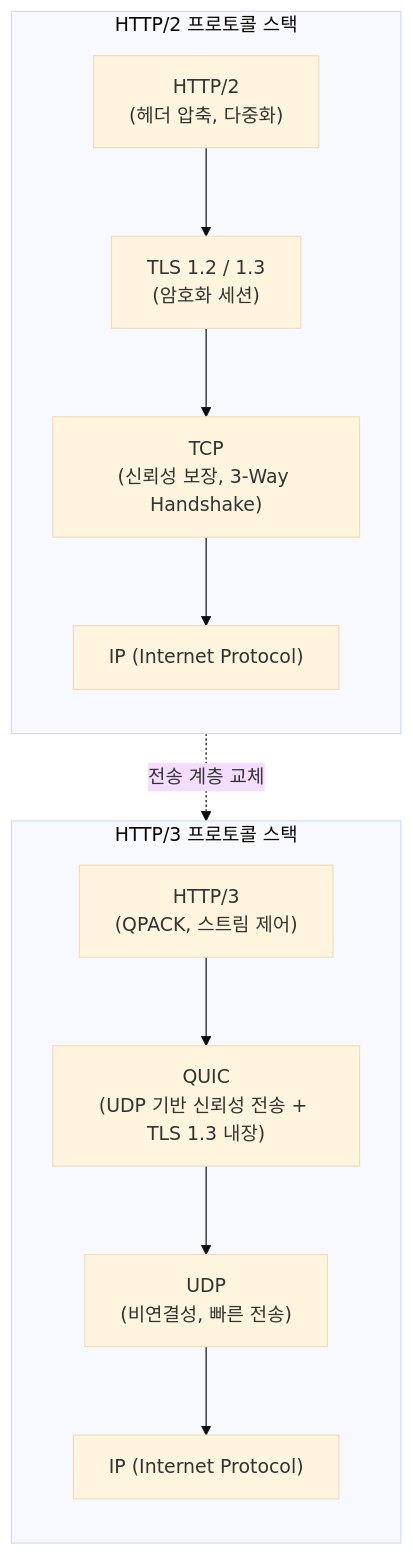
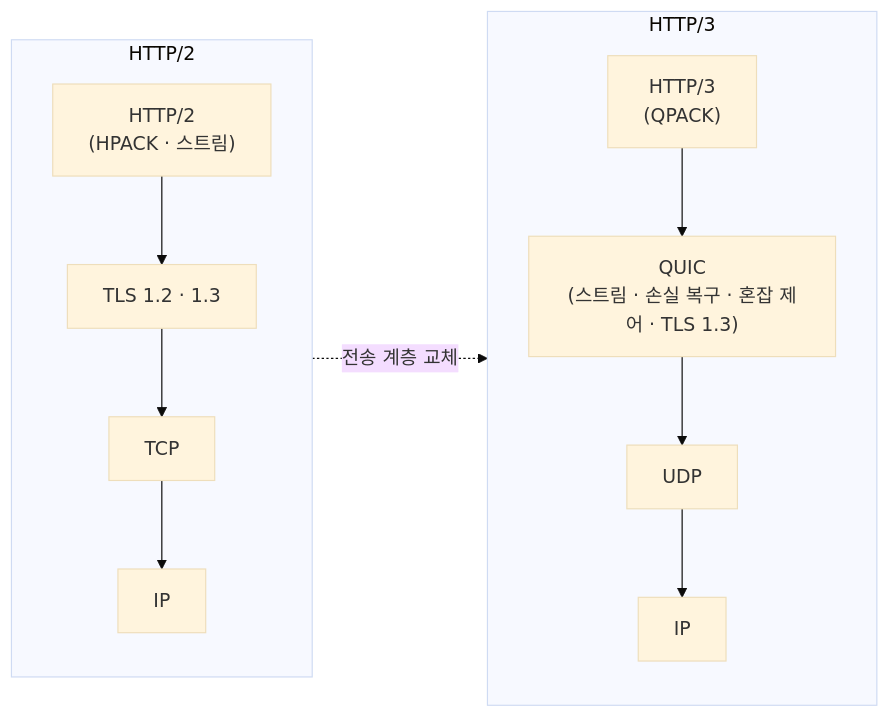
The diagram in content/01_IT Tech/HTTP 3.md (supremethumb/supremethumb.github.io), drawn with Mermaid (base theme) before and after one commit. The commit also changed other lines of this file and 1087 other files, not shown here.

````diff
--- a/content/01_IT Tech/HTTP 3.md
+++ b/content/01_IT Tech/HTTP 3.md
@@ -27,29 +37,12 @@
 ```mermaid
-flowchart TD
-    subgraph HTTP2_Stack ["HTTP/2 프로토콜 스택"]
+flowchart LR
+    subgraph H2["HTTP/2"]
         direction TB
-        App2["HTTP/2<br/>(헤더 압축, 다중화)"]
-        TLS2["TLS 1.2 / 1.3<br/>(암호화 세션)"]
-        TCP["TCP<br/>(신뢰성 보장, 3-Way Handshake)"]
-        IP2["IP (Internet Protocol)"]
-        
-        App2 --> TLS2
-        TLS2 --> TCP
-        TCP --> IP2
+        A2["HTTP/2<br/>(HPACK · 스트림)"] --> T2["TLS 1.2 · 1.3"] --> TCP2["TCP"] --> IP2["IP"]
     end
-
-    subgraph HTTP3_Stack ["HTTP/3 프로토콜 스택"]
+    subgraph H3["HTTP/3"]
         direction TB
-        App3["HTTP/3<br/>(QPACK, 스트림 제어)"]
-        QUIC["QUIC<br/>(UDP 기반 신뢰성 전송 + TLS 1.3 내장)"]
-        UDP["UDP<br/>(비연결성, 빠른 전송)"]
-        IP3["IP (Internet Protocol)"]
-        
-        App3 --> QUIC
-        QUIC --> UDP
-        UDP --> IP3
+        A3["HTTP/3<br/>(QPACK)"] --> Q["QUIC<br/>(스트림 · 손실 복구 · 혼잡 제어 · TLS 1.3)"] --> U["UDP"] --> IP3["IP"]
     end
-    
-    HTTP2_Stack -. "전송 계층 교체" .-> HTTP3_Stack
-
+    H2 -. "전송 계층 교체" .-> H3
 ```
````
